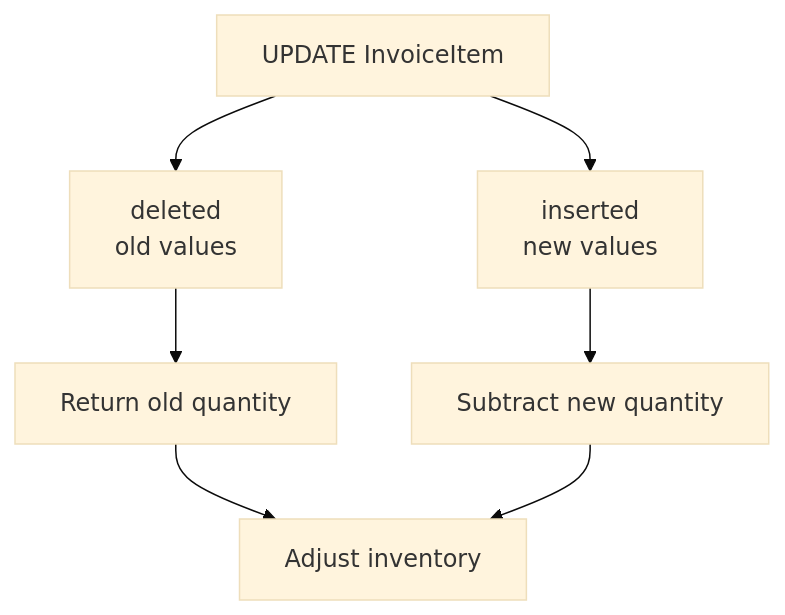
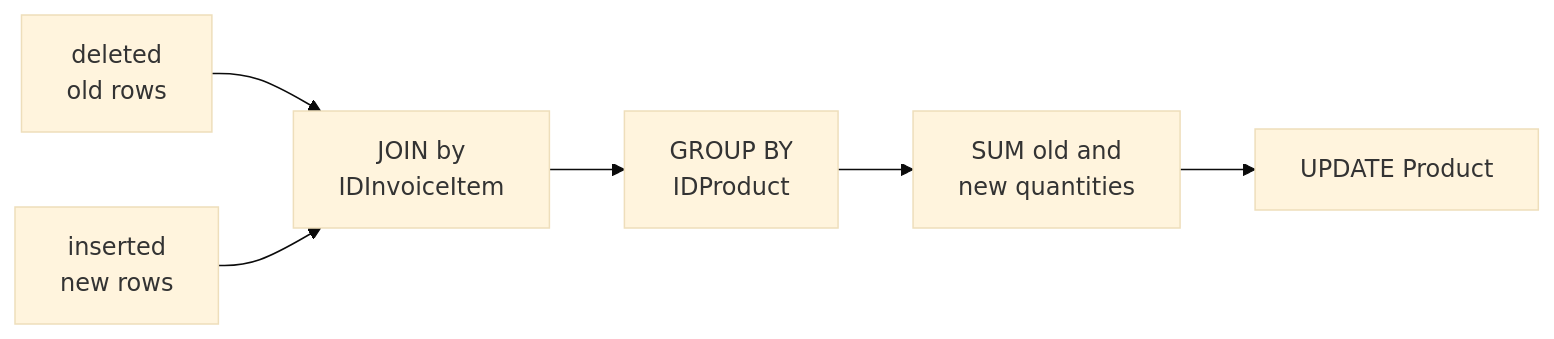
Diagram 21 of 25 in labs/lab02-triggers.md (tjovic/database-design-labs-public), drawn with Mermaid (base theme) before and after one commit. The commit also changed other lines of this file, not shown here.

````diff
--- a/labs/lab02-triggers.md
+++ b/labs/lab02-triggers.md
@@ -2061,11 +2123,8 @@
 ```mermaid
-flowchart TD
-    A["UPDATE InvoiceItem"] --> B["deleted<br/>old values"]
-    A --> C["inserted<br/>new values"]
-
-    B --> D["Return old quantity"]
-    C --> E["Subtract new quantity"]
-
-    D --> F["Adjust inventory"]
-    E --> F
+flowchart LR
+    A["deleted<br/>old rows"] --> C["JOIN by<br/>IDInvoiceItem"]
+    B["inserted<br/>new rows"] --> C
+    C --> D["GROUP BY<br/>IDProduct"]
+    D --> E["SUM old and<br/>new quantities"]
+    E --> F["UPDATE Product"]
 ```
````
